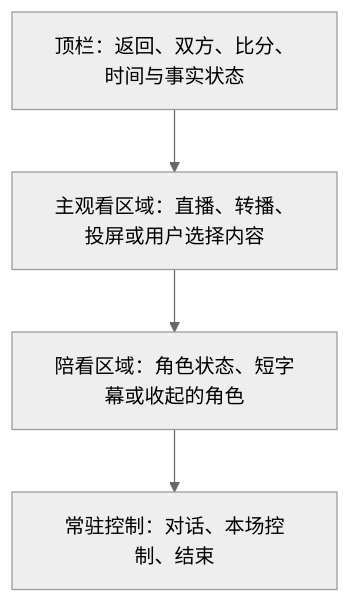
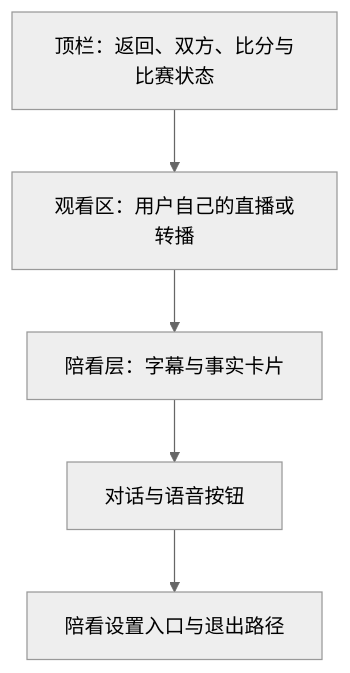
The sixth of 12 diagrams in docs/球球全套资料/4.产品设计/34-用户端页面与视觉规格.md (weiz98417-crypto/qiuqiu), drawn with Mermaid (neutral theme) before and after one commit. The commit also changed other lines of this file and 49 other files, not shown here.

````diff
--- a/docs/球球全套资料/4.产品设计/34-用户端页面与视觉规格.md
+++ b/docs/球球全套资料/4.产品设计/34-用户端页面与视觉规格.md
@@ -348,8 +363,9 @@
 ```mermaid
 flowchart TB
-    H[顶栏：返回、双方、比分、时间与事实状态]
-    V[主观看区域：直播、转播、投屏或用户选择内容]
-    S[陪看区域：角色状态、短字幕或收起的角色]
-    C[常驻控制：对话、本场控制、结束]
-    H --> V --> S --> C
+    H[顶栏：返回、双方、比分与比赛状态]
+    V[观看区：用户自己的直播或转播]
+    S[陪看层：字幕与事实卡片]
+    C[对话与语音按钮]
+    X[陪看设置入口与退出路径]
+    H --> V --> S --> C --> X
 ```
````
